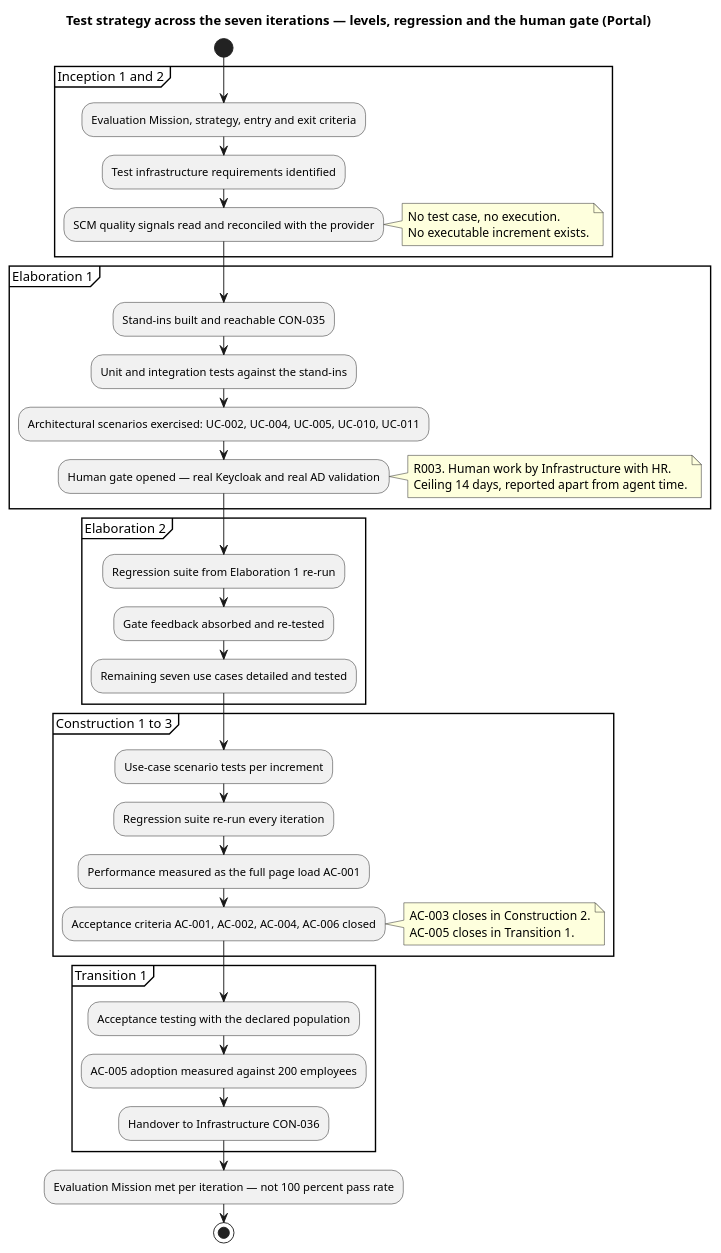
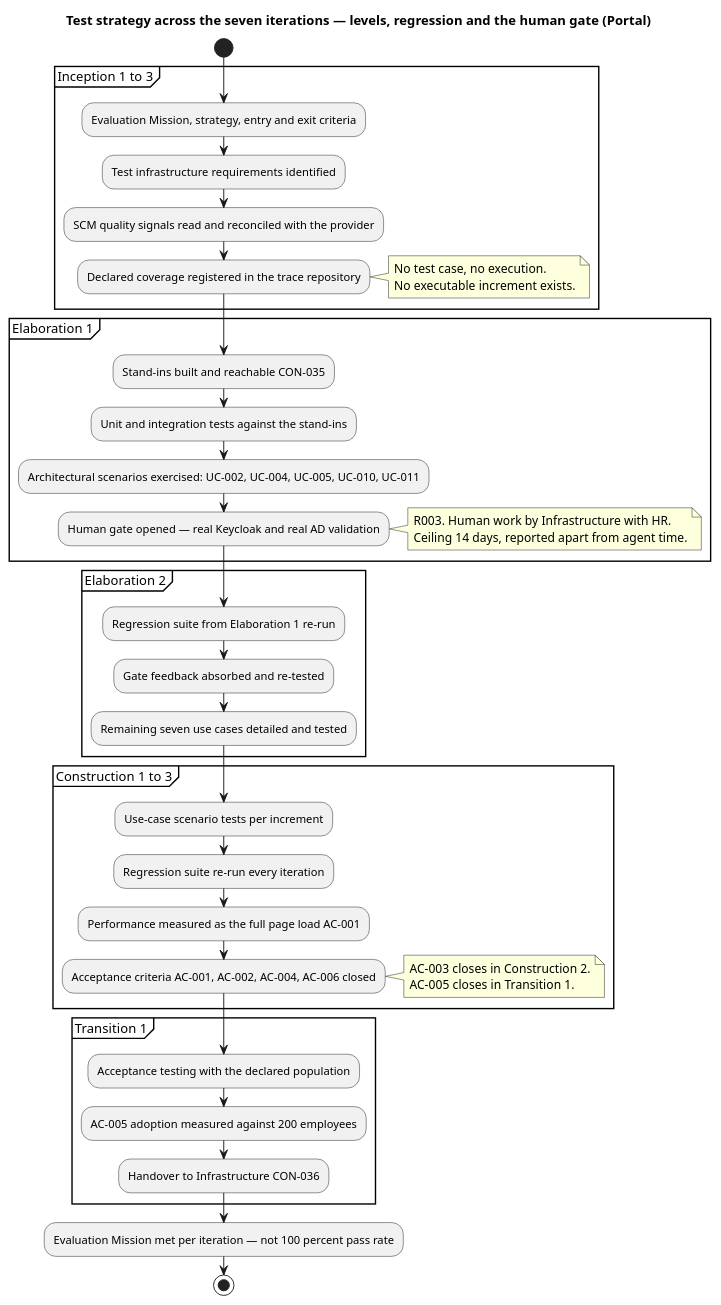
Before and after one commit to banense-test/portal: the first of 3 diagrams in docs/artifacts/test/test-evaluation-summary.md, drawn with PlantUML. The commit also changed other lines of this file, not shown here.

````diff
--- a/docs/artifacts/test/test-evaluation-summary.md
+++ b/docs/artifacts/test/test-evaluation-summary.md
@@ -57,53 +58,54 @@
 ```plantuml
 @startuml
 title Test strategy across the seven iterations — levels, regression and the human gate (Portal)
 
 start
-partition "Inception 1 and 2" {
+partition "Inception 1 to 3" {
   :Evaluation Mission, strategy, entry and exit criteria;
   :Test infrastructure requirements identified;
   :SCM quality signals read and reconciled with the provider;
+  :Declared coverage registered in the trace repository;
   note right
     No test case, no execution.
     No executable increment exists.
   end note
 }
 
 partition "Elaboration 1" {
   :Stand-ins built and reachable CON-035;
   :Unit and integration tests against the stand-ins;
   :Architectural scenarios exercised: UC-002, UC-004, UC-005, UC-010, UC-011;
   :Human gate opened — real Keycloak and real AD validation;
   note right
     R003. Human work by Infrastructure with HR.
     Ceiling 14 days, reported apart from agent time.
   end note
 }
 
 partition "Elaboration 2" {
   :Regression suite from Elaboration 1 re-run;
   :Gate feedback absorbed and re-tested;
   :Remaining seven use cases detailed and tested;
 }
 
 partition "Construction 1 to 3" {
   :Use-case scenario tests per increment;
   :Regression suite re-run every iteration;
   :Performance measured as the full page load AC-001;
   :Acceptance criteria AC-001, AC-002, AC-004, AC-006 closed;
   note right
     AC-003 closes in Construction 2.
     AC-005 closes in Transition 1.
   end note
 }
 
 partition "Transition 1" {
   :Acceptance testing with the declared population;
   :AC-005 adoption measured against 200 employees;
   :Handover to Infrastructure CON-036;
 }
 
 :Evaluation Mission met per iteration — not 100 percent pass rate;
 stop
 @enduml
 ```
````
